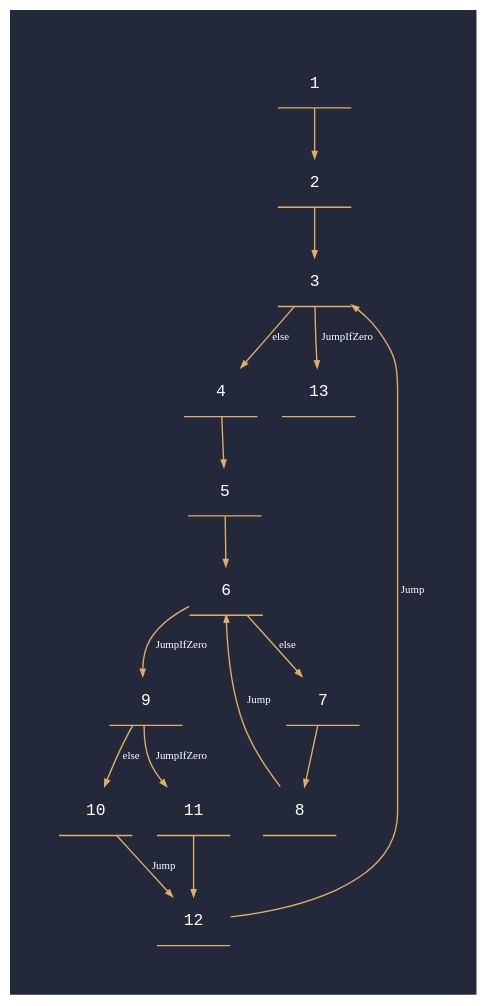
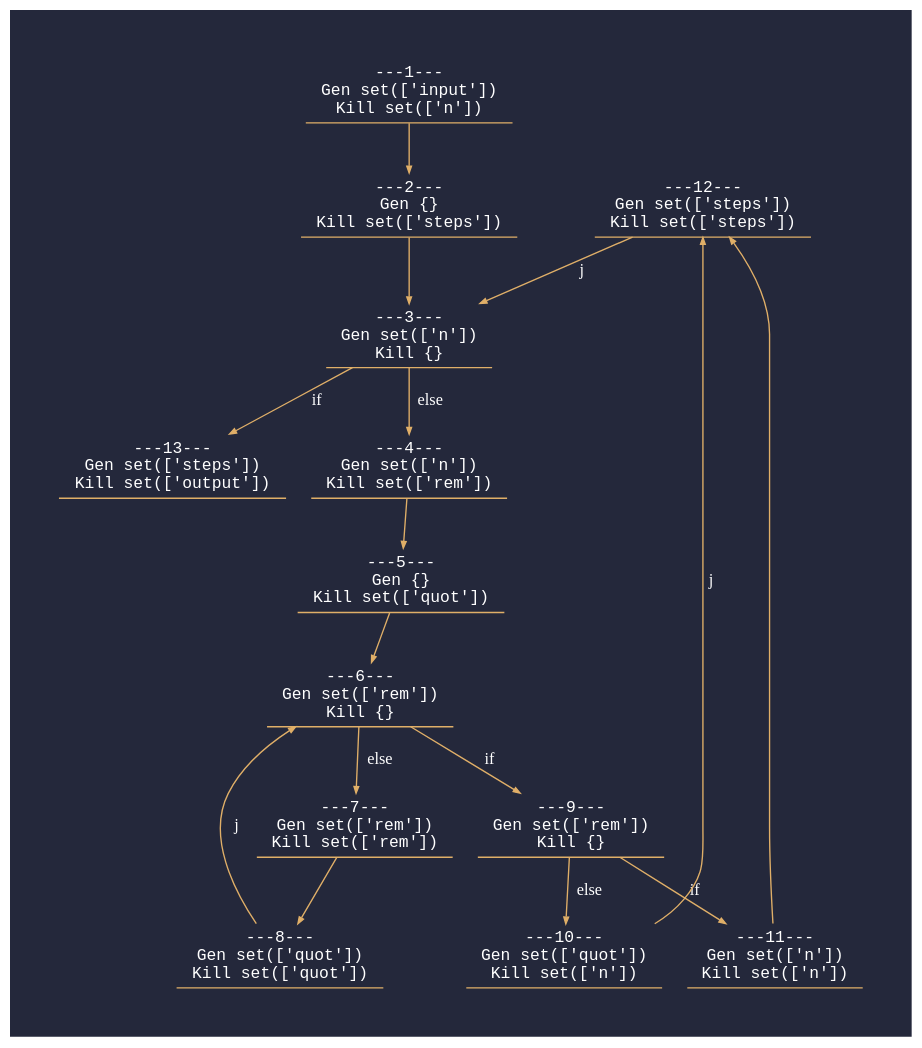
The diagram in programs/dot-files/collatz.cfg.dot (jorgeypcb/ImpCodeGenerator), drawn with Graphviz before and after one commit. The commit also changed 32 other files, not shown here.

```diff
--- a/programs/dot-files/collatz.cfg.dot
+++ b/programs/dot-files/collatz.cfg.dot
@@ -1,32 +1,125 @@
 digraph "collatz.cfg" {
 	graph [bgcolor="#24283B" pad=0.5]
 	node [color="#E0AF68" fontcolor="#ffffff" fontname="Hack, monospace" fontsize=12 shape=underline]
-	edge [arrowsize=0.5 color="#E0AF68" fontcolor="#ffffff" fontsize=8]
-	1
-	2
-	3
-	4
-	5
-	6
-	7
-	8
-	9
-	10
-	11
-	12
-	1 -> 2 [label=""]
-	2 -> 3 [label=""]
-	3 -> 4 [label=else]
-	3 -> 13 [label=JumpIfZero]
-	4 -> 5 [label=""]
-	5 -> 6 [label=""]
-	6 -> 7 [label=else]
-	6 -> 9 [label=JumpIfZero]
-	7 -> 8 [label=""]
-	8 -> 6 [label=Jump]
-	9 -> 10 [label=else]
-	9 -> 11 [label=JumpIfZero]
-	10 -> 12 [label=Jump]
-	11 -> 12 [label=""]
-	12 -> 3 [label=Jump]
+	edge [arrowsize=0.5 color="#E0AF68" fontcolor="#ffffff" fontsize=12]
+	"---12---
+Gen set(['steps'])
+Kill set(['steps'])"
+	"---12---
+Gen set(['steps'])
+Kill set(['steps'])"
+	"---3---
+Gen set(['n'])
+Kill {}"
+	"---2---
+Gen {}
+Kill set(['steps'])"
+	"---13---
+Gen set(['steps'])
+Kill set(['output'])"
+	"---4---
+Gen set(['n'])
+Kill set(['rem'])"
+	"---3---
+Gen set(['n'])
+Kill {}"
+	"---6---
+Gen set(['rem'])
+Kill {}"
+	"---5---
+Gen {}
+Kill set(['quot'])"
+	"---8---
+Gen set(['quot'])
+Kill set(['quot'])"
+	"---9---
+Gen set(['rem'])
+Kill {}"
+	"---7---
+Gen set(['rem'])
+Kill set(['rem'])"
+	"---11---
+Gen set(['n'])
+Kill set(['n'])"
+	"---10---
+Gen set(['quot'])
+Kill set(['n'])"
+	"---6---
+Gen set(['rem'])
+Kill {}"
+	"---11---
+Gen set(['n'])
+Kill set(['n'])" -> "---12---
+Gen set(['steps'])
+Kill set(['steps'])" [label=""]
+	"---10---
+Gen set(['quot'])
+Kill set(['n'])" -> "---12---
+Gen set(['steps'])
+Kill set(['steps'])" [label=" j "]
+	"---12---
+Gen set(['steps'])
+Kill set(['steps'])" -> "---3---
+Gen set(['n'])
+Kill {}" [label=" j "]
+	"---1---
+Gen set(['input'])
+Kill set(['n'])" -> "---2---
+Gen {}
+Kill set(['steps'])" [label=""]
+	"---3---
+Gen set(['n'])
+Kill {}" -> "---13---
+Gen set(['steps'])
+Kill set(['output'])" [label=" if "]
+	"---3---
+Gen set(['n'])
+Kill {}" -> "---4---
+Gen set(['n'])
+Kill set(['rem'])" [label=" else "]
+	"---2---
+Gen {}
+Kill set(['steps'])" -> "---3---
+Gen set(['n'])
+Kill {}" [label=""]
+	"---5---
+Gen {}
+Kill set(['quot'])" -> "---6---
+Gen set(['rem'])
+Kill {}" [label=""]
+	"---4---
+Gen set(['n'])
+Kill set(['rem'])" -> "---5---
+Gen {}
+Kill set(['quot'])" [label=""]
+	"---7---
+Gen set(['rem'])
+Kill set(['rem'])" -> "---8---
+Gen set(['quot'])
+Kill set(['quot'])" [label=""]
+	"---6---
+Gen set(['rem'])
+Kill {}" -> "---9---
+Gen set(['rem'])
+Kill {}" [label=" if "]
+	"---6---
+Gen set(['rem'])
+Kill {}" -> "---7---
+Gen set(['rem'])
+Kill set(['rem'])" [label=" else "]
+	"---9---
+Gen set(['rem'])
+Kill {}" -> "---11---
+Gen set(['n'])
+Kill set(['n'])" [label=" if "]
+	"---9---
+Gen set(['rem'])
+Kill {}" -> "---10---
+Gen set(['quot'])
+Kill set(['n'])" [label=" else "]
+	"---8---
+Gen set(['quot'])
+Kill set(['quot'])" -> "---6---
+Gen set(['rem'])
+Kill {}" [label=" j "]
 }
```
